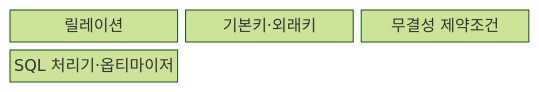
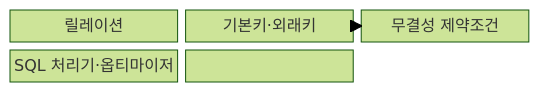
Before and after one commit to agnusdei1207/knowledge-base: the first of 2 diagrams in src/content/docs/notes/03-software/084_relational_database.md, drawn with Mermaid (forest theme). The commit also changed other lines of this file and 20 other files, not shown here.

````diff
--- a/src/content/docs/notes/03-software/084_relational_database.md
+++ b/src/content/docs/notes/03-software/084_relational_database.md
@@ -63,8 +69,10 @@
 ```mermaid
-block-beta
+block
   columns 3
   R["릴레이션"]
   K["기본키·외래키"]
   I["무결성 제약조건"]
   Q["SQL 처리기·옵티마이저"]
+  Q --> I --> R
+  K --> I
 ```
````
